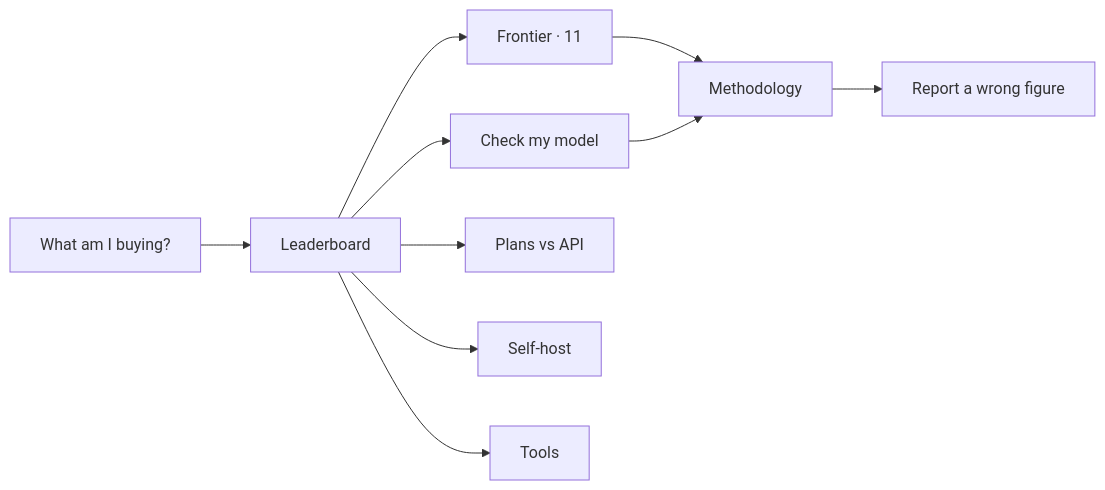
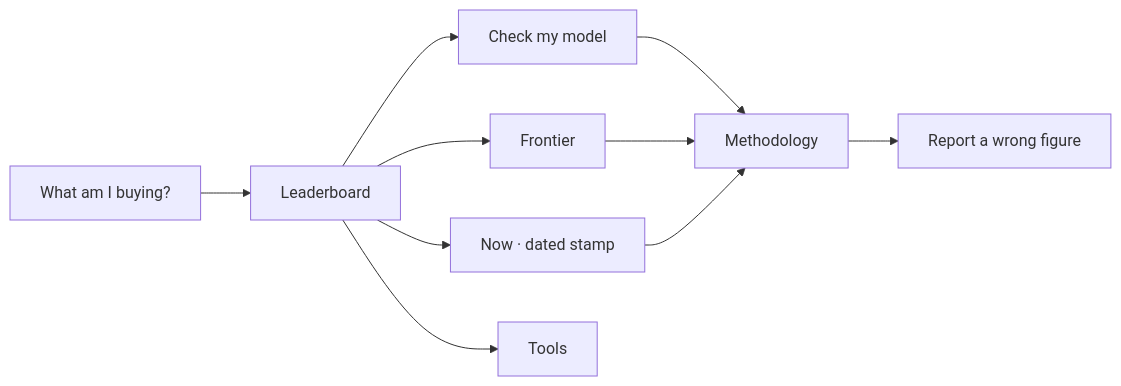
One commit to Lenvanderhof/Undominated.ai changed the diagram in README.md. Above: the diagram before and after it, drawn with Mermaid. The commit also changed other lines of this file and 7 other files, not shown here.

````diff
--- a/README.md
+++ b/README.md
@@ -110,12 +138,12 @@
 ```mermaid
 flowchart LR
   Q["What am I buying?"] --> L["Leaderboard"]
-  L --> F["Frontier · 11"]
+  L --> F["Frontier"]
   L --> C["Check my model"]
-  L --> P["Plans vs API"]
-  L --> S["Self-host"]
+  L --> N["Now · dated stamp"]
   L --> T["Tools"]
-  F --> M["Methodology"]
-  C --> M
+  C --> M["Methodology"]
+  F --> M
+  N --> M
   M --> R["Report a wrong figure"]
 ```
````
